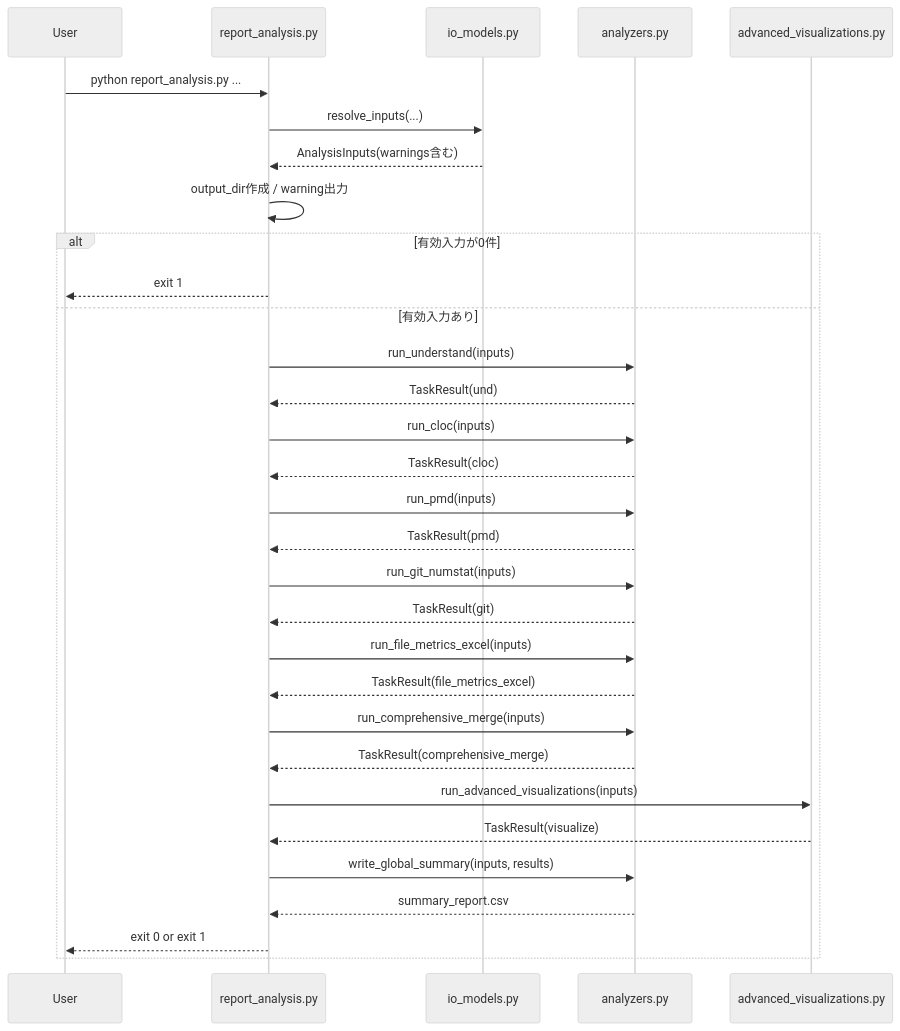
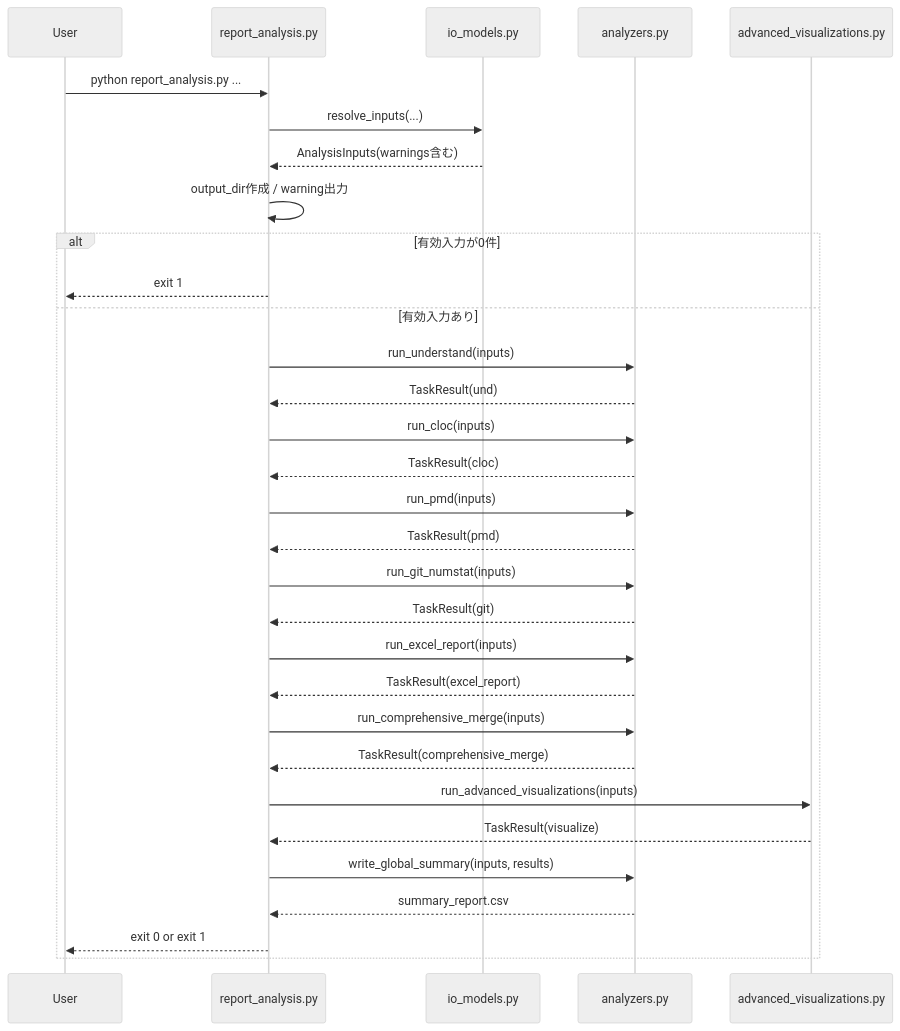
Before and after one commit to yskforest/report_analysis: the third of 5 diagrams in docs/design.md, drawn with Mermaid (neutral theme). The commit also changed other lines of this file and 11 other files, not shown here.

Commit message:
feat: implement Excel report generation module and add corresponding integration tests

````diff
--- a/docs/design.md
+++ b/docs/design.md
@@ -190,35 +190,35 @@
 ```mermaid
 sequenceDiagram
     participant U as User
     participant RA as report_analysis.py
     participant IO as io_models.py
     participant AN as analyzers.py
     participant AV as advanced_visualizations.py
 
     U->>RA: python report_analysis.py ...
     RA->>IO: resolve_inputs(...)
     IO-->>RA: AnalysisInputs(warnings含む)
     RA->>RA: output_dir作成 / warning出力
 
     alt 有効入力が0件
       RA-->>U: exit 1
     else 有効入力あり
       RA->>AN: run_understand(inputs)
       AN-->>RA: TaskResult(und)
       RA->>AN: run_cloc(inputs)
       AN-->>RA: TaskResult(cloc)
       RA->>AN: run_pmd(inputs)
       AN-->>RA: TaskResult(pmd)
       RA->>AN: run_git_numstat(inputs)
       AN-->>RA: TaskResult(git)
-      RA->>AN: run_file_metrics_excel(inputs)
-      AN-->>RA: TaskResult(file_metrics_excel)
+      RA->>AN: run_excel_report(inputs)
+      AN-->>RA: TaskResult(excel_report)
       RA->>AN: run_comprehensive_merge(inputs)
       AN-->>RA: TaskResult(comprehensive_merge)
       RA->>AV: run_advanced_visualizations(inputs)
       AV-->>RA: TaskResult(visualize)
       RA->>AN: write_global_summary(inputs, results)
       AN-->>RA: summary_report.csv
       RA-->>U: exit 0 or exit 1
     end
 ```
````
